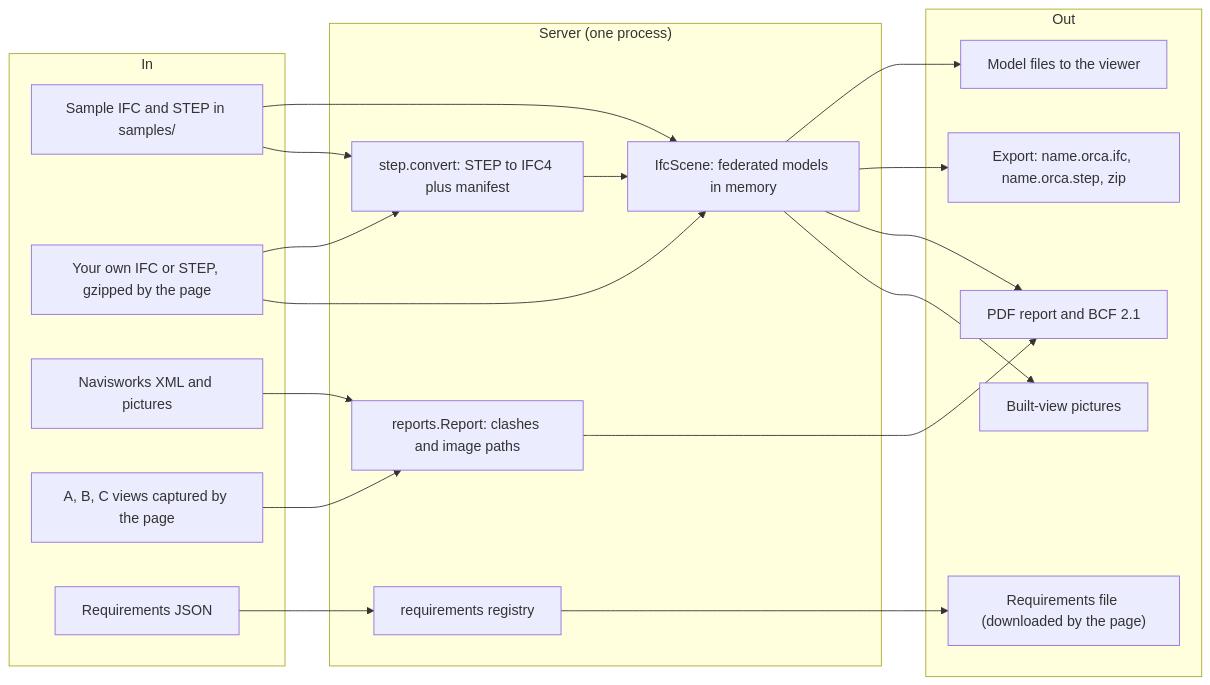
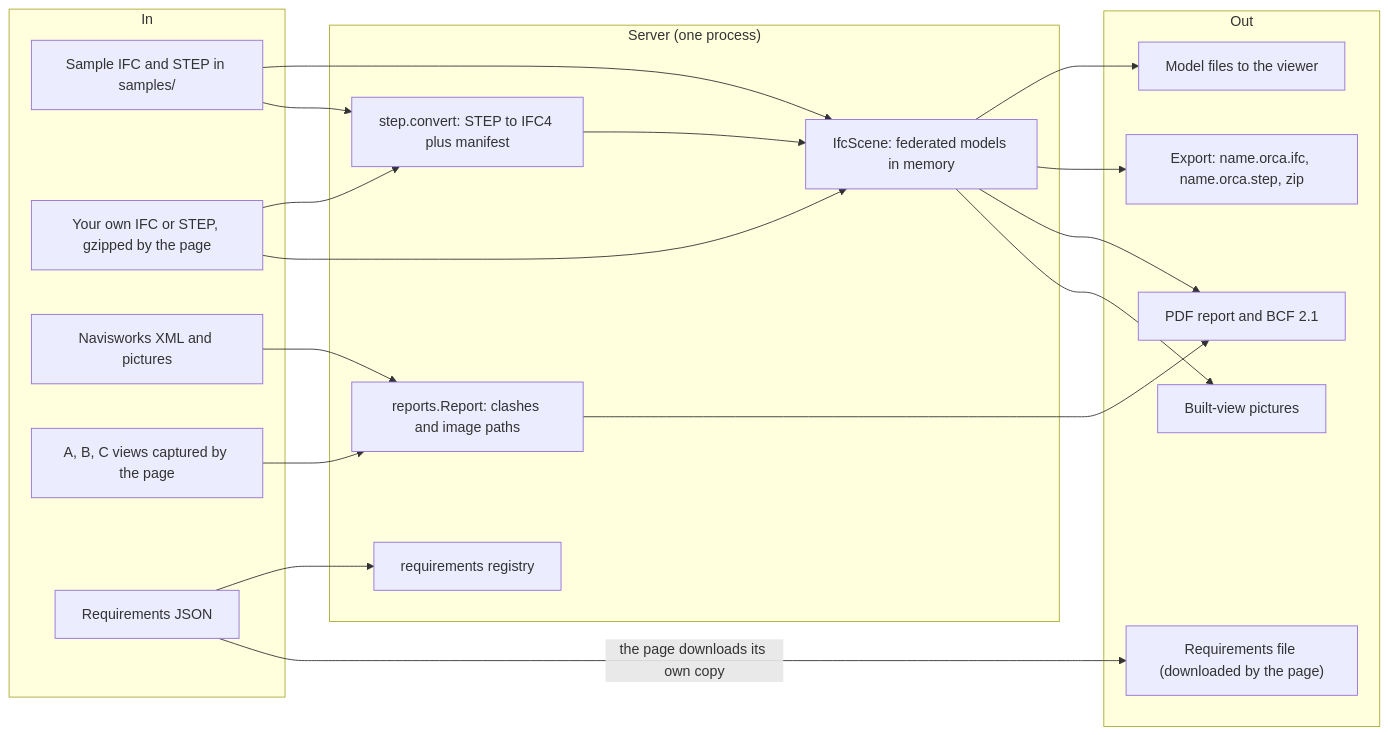
The first of 4 diagrams in docs/architecture/14-files-in-and-out.md (IssueLab-Inc/ORCA), drawn with Mermaid before and after one commit. The commit also changed other lines of this file and 5 other files, not shown here.

Commit message:
Architecture docs: files in and out, requirements/settings/config, security and caps; doc 10 on when .env is read

````diff
--- a/docs/architecture/14-files-in-and-out.md
+++ b/docs/architecture/14-files-in-and-out.md
@@ -19,37 +19,37 @@
 ```mermaid
 flowchart LR
     subgraph inputs["In"]
         sampleIfc["Sample IFC and STEP in samples/"]
         upload["Your own IFC or STEP, gzipped by the page"]
         navis["Navisworks XML and pictures"]
         shots["A, B, C views captured by the page"]
         reqIn["Requirements JSON"]
     end
     subgraph server["Server (one process)"]
         stepConv["step.convert: STEP to IFC4 plus manifest"]
         scene["IfcScene: federated models in memory"]
         report["reports.Report: clashes and image paths"]
         reqReg["requirements registry"]
     end
     subgraph outputs["Out"]
         files["Model files to the viewer"]
         exportOut["Export: name.orca.ifc, name.orca.step, zip"]
         pdf["PDF report and BCF 2.1"]
         built["Built-view pictures"]
         reqOut["Requirements file (downloaded by the page)"]
     end
     sampleIfc --> scene
     sampleIfc --> stepConv
     upload --> stepConv
     upload --> scene
     stepConv --> scene
     navis --> report
     shots --> report
     reqIn --> reqReg
     scene --> files
     scene --> exportOut
     report --> pdf
     scene --> pdf
     scene --> built
-    reqReg --> reqOut
+    reqIn -->|"the page downloads its own copy"| reqOut
 ```
````
